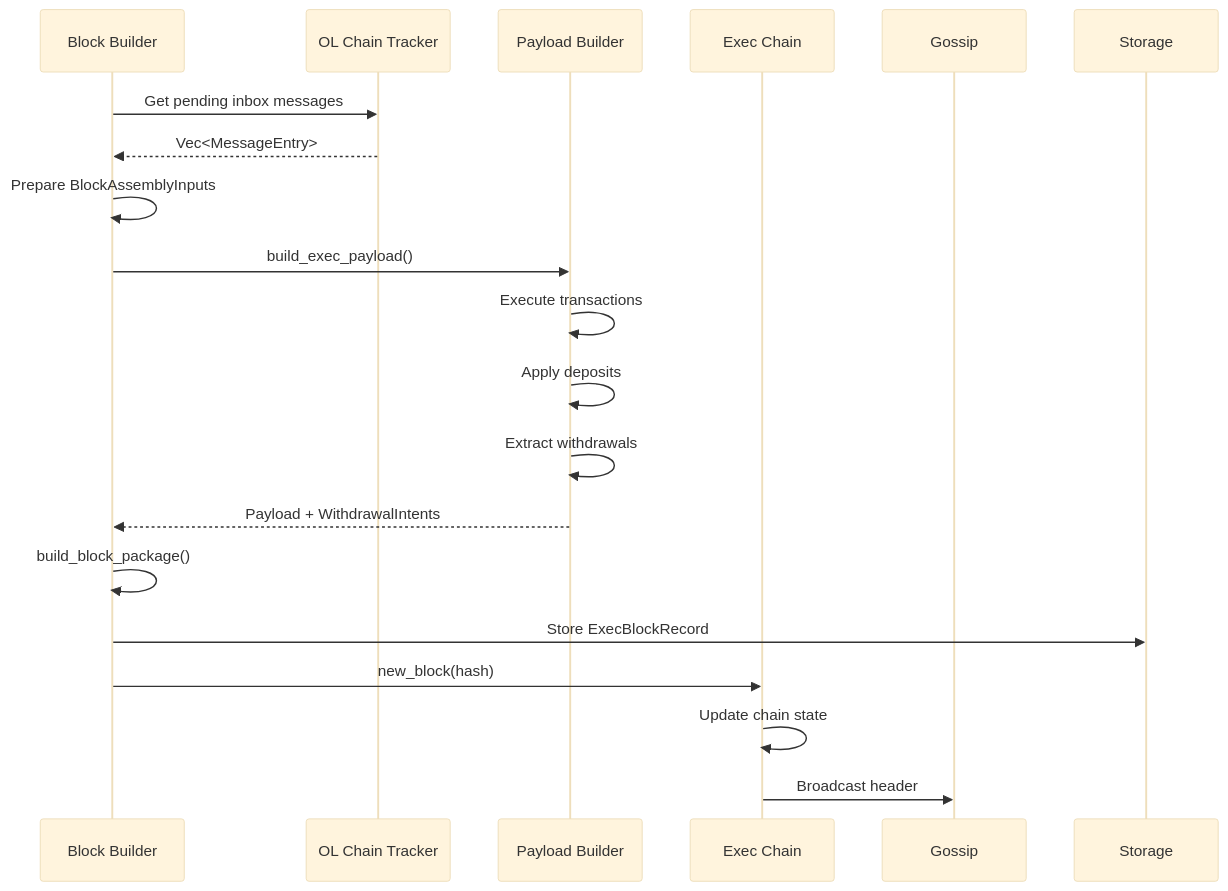
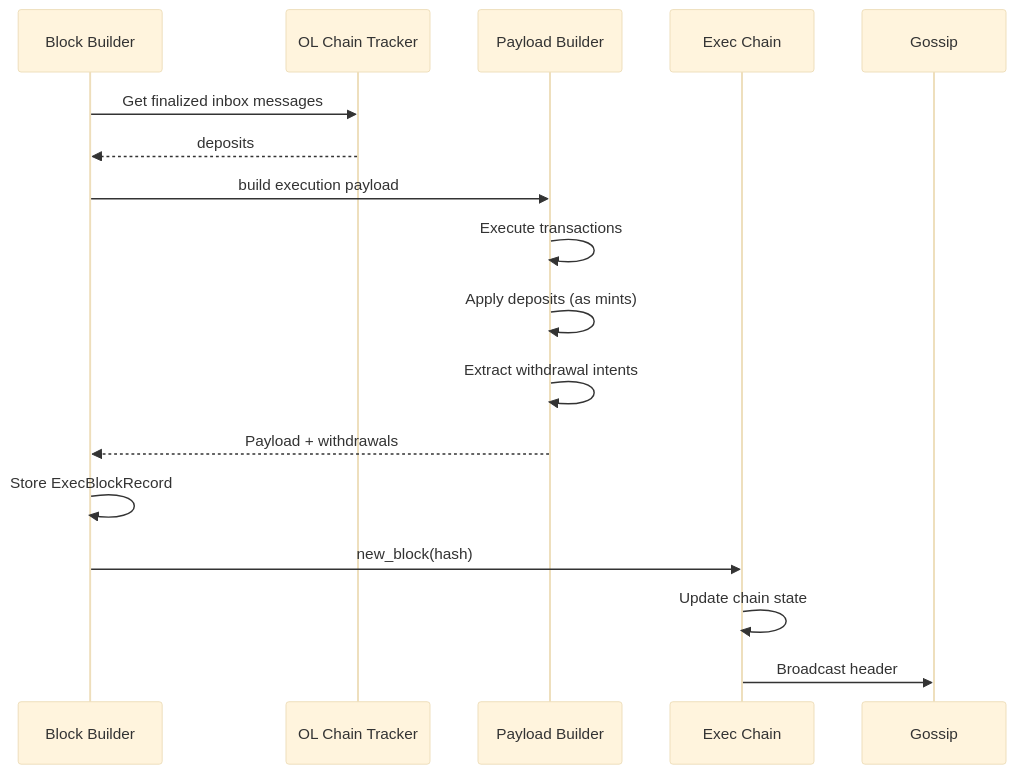
One commit to alpenlabs/alpen changed the fifth of 8 diagrams in bin/alpen-client/README.md. Above: the diagram before and after it, drawn with Mermaid (base theme). The commit also changed other lines of this file, not shown here.

````diff
--- a/bin/alpen-client/README.md
+++ b/bin/alpen-client/README.md
@@ -426,27 +535,20 @@
 ```mermaid
 sequenceDiagram
     participant BB as Block Builder
     participant OCT as OL Chain Tracker
     participant PB as Payload Builder
     participant EC as Exec Chain
     participant G as Gossip
-    participant DB as Storage
 
-    BB->>OCT: Get pending inbox messages
-    OCT-->>BB: Vec<MessageEntry>
-
-    BB->>BB: Prepare BlockAssemblyInputs
-    BB->>PB: build_exec_payload()
-
+    BB->>OCT: Get finalized inbox messages
+    OCT-->>BB: deposits
+    BB->>PB: build execution payload
     PB->>PB: Execute transactions
-    PB->>PB: Apply deposits
-    PB->>PB: Extract withdrawals
-    PB-->>BB: Payload + WithdrawalIntents
-
-    BB->>BB: build_block_package()
-    BB->>DB: Store ExecBlockRecord
+    PB->>PB: Apply deposits (as mints)
+    PB->>PB: Extract withdrawal intents
+    PB-->>BB: Payload + withdrawals
+    BB->>BB: Store ExecBlockRecord
     BB->>EC: new_block(hash)
-
     EC->>EC: Update chain state
     EC->>G: Broadcast header
 ```
````
